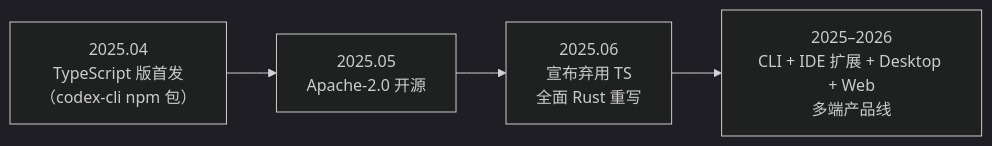
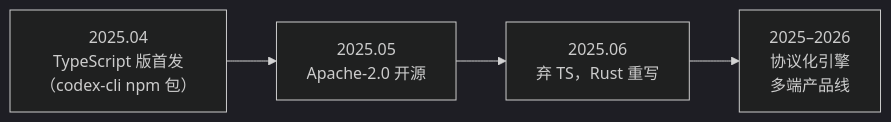
Before and after one commit to chongyi/deep-dive-agents: the first of 2 diagrams in src/part2/ch13-codex-cli.md, drawn with Mermaid (dark theme). The commit also changed other lines of this file and 8 other files, not shown here.

````diff
--- a/src/part2/ch13-codex-cli.md
+++ b/src/part2/ch13-codex-cli.md
@@ -9,6 +9,6 @@
 ```mermaid
 flowchart LR
     a["2025.04<br/>TypeScript 版首发<br/>（codex-cli npm 包）"] --> b["2025.05<br/>Apache-2.0 开源"]
-    b --> c["2025.06<br/>宣布弃用 TS<br/>全面 Rust 重写"]
-    c --> d["2025–2026<br/>CLI + IDE 扩展 + Desktop + Web<br/>多端产品线"]
+    b --> c["2025.06<br/>弃 TS，Rust 重写"]
+    c --> d["2025–2026<br/>协议化引擎<br/>多端产品线"]
 ```
````
